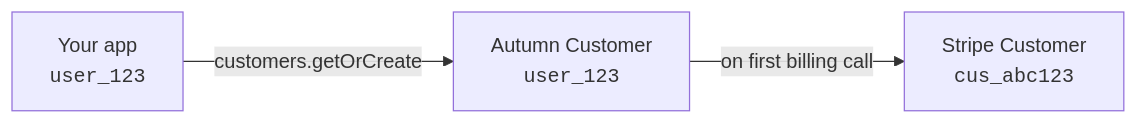
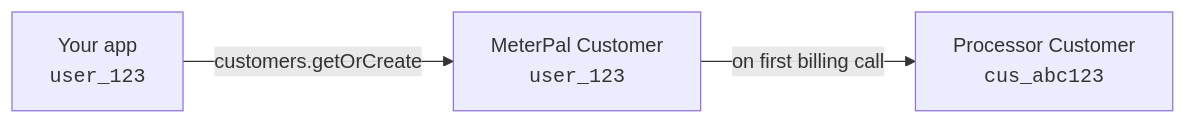
The diagram in billing/packages/agent-docs/generated/skills/autumn-integrate/references/creating-customers.md (envision5/MeterPal), drawn with Mermaid before and after one commit. The commit also changed other lines of this file and 5308 other files, not shown here.

First line of the commit message:
Remove Stripe entirely: PayPal-only billing

````diff
--- a/billing/packages/agent-docs/generated/skills/autumn-integrate/references/creating-customers.md
+++ b/billing/packages/agent-docs/generated/skills/autumn-integrate/references/creating-customers.md
@@ -99,5 +107,5 @@
 ```mermaid
 flowchart LR
-    A["Your app<br/><code>user_123</code>"] -->|customers.getOrCreate| B["Autumn Customer<br/><code>user_123</code>"]
-    B -->|on first billing call| C["Stripe Customer<br/><code>cus_abc123</code>"]
+    A["Your app<br/><code>user_123</code>"] -->|customers.getOrCreate| B["MeterPal Customer<br/><code>user_123</code>"]
+    B -->|on first billing call| C["Processor Customer<br/><code>cus_abc123</code>"]
 ```
````
